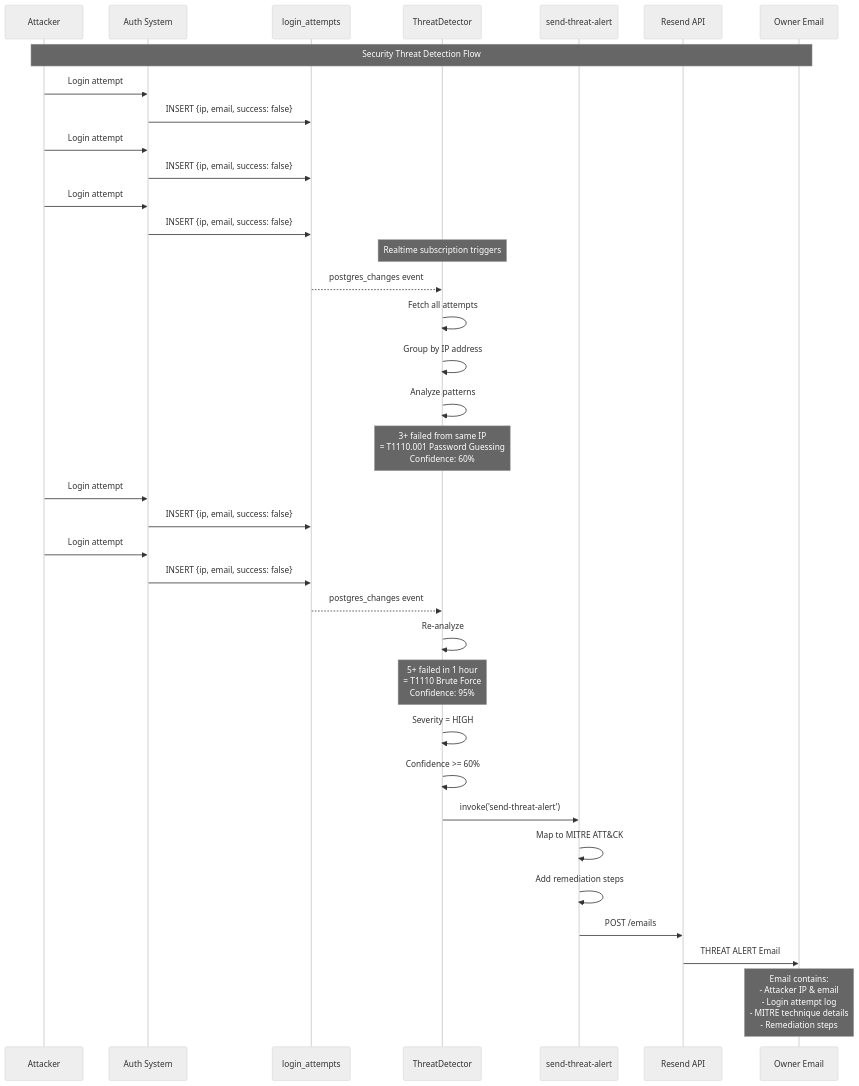
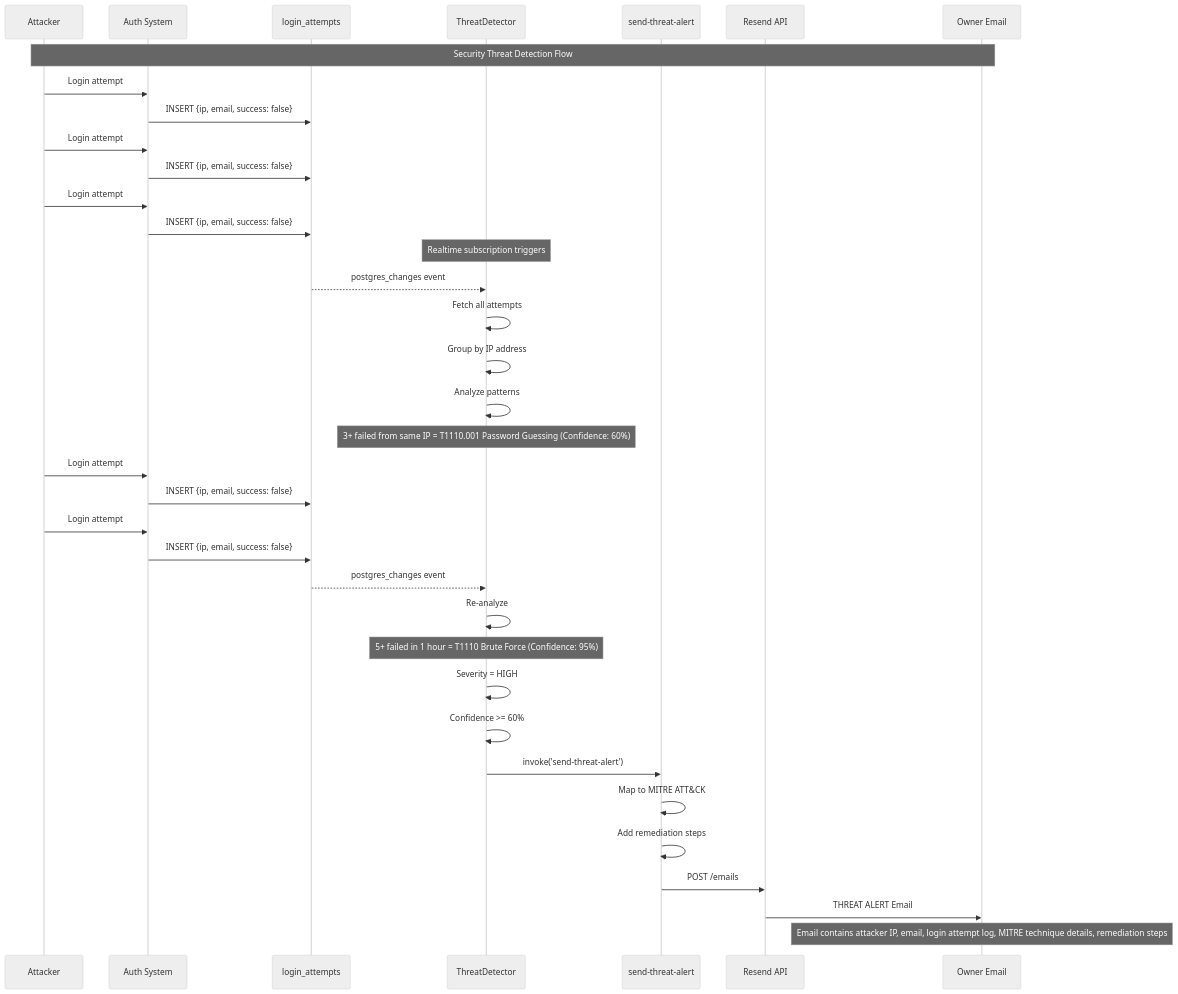
The third of 10 diagrams in public/TECHNICAL_DOCUMENTATION.md (ritvikindupuri/ritvik-portfolio), drawn with Mermaid (neutral theme) before and after one commit. The commit also changed other lines of this file and 1 other file, not shown here.

````diff
--- a/public/TECHNICAL_DOCUMENTATION.md
+++ b/public/TECHNICAL_DOCUMENTATION.md
@@ -299,51 +299,51 @@
 ```mermaid
 sequenceDiagram
     participant A as Attacker
     participant AUTH as Auth System
     participant DB as login_attempts
     participant TD as ThreatDetector
     participant EF as send-threat-alert
     participant RS as Resend API
     participant O as Owner Email
 
     Note over A,O: Security Threat Detection Flow
     
     A->>AUTH: Login attempt #1 (fail)
     AUTH->>DB: INSERT {ip, email, success: false}
     
     A->>AUTH: Login attempt #2 (fail)
     AUTH->>DB: INSERT {ip, email, success: false}
     
     A->>AUTH: Login attempt #3 (fail)
     AUTH->>DB: INSERT {ip, email, success: false}
     
     Note over TD: Realtime subscription triggers
     
     DB-->>TD: postgres_changes event
     TD->>TD: Fetch all attempts
     TD->>TD: Group by IP address
     
     TD->>TD: Analyze patterns
-    Note over TD: 3+ failed from same IP<br/>= T1110.001 Password Guessing<br/>Confidence: 60%
+    Note over TD: 3+ failed from same IP = T1110.001 Password Guessing (Confidence: 60%)
     
     A->>AUTH: Login attempt #4 (fail)
     AUTH->>DB: INSERT {ip, email, success: false}
     
     A->>AUTH: Login attempt #5 (fail)
     AUTH->>DB: INSERT {ip, email, success: false}
     
     DB-->>TD: postgres_changes event
     TD->>TD: Re-analyze
-    Note over TD: 5+ failed in 1 hour<br/>= T1110 Brute Force<br/>Confidence: 95%
+    Note over TD: 5+ failed in 1 hour = T1110 Brute Force (Confidence: 95%)
     
     TD->>TD: Severity = HIGH
     TD->>TD: Confidence >= 60%
     
     TD->>EF: invoke('send-threat-alert')
     EF->>EF: Map to MITRE ATT&CK
     EF->>EF: Add remediation steps
     EF->>RS: POST /emails
     RS->>O: THREAT ALERT Email
     
-    Note over O: Email contains:<br/>- Attacker IP & email<br/>- Login attempt log<br/>- MITRE technique details<br/>- Remediation steps
+    Note over O: Email contains attacker IP, email, login attempt log, MITRE technique details, remediation steps
 ```
````
